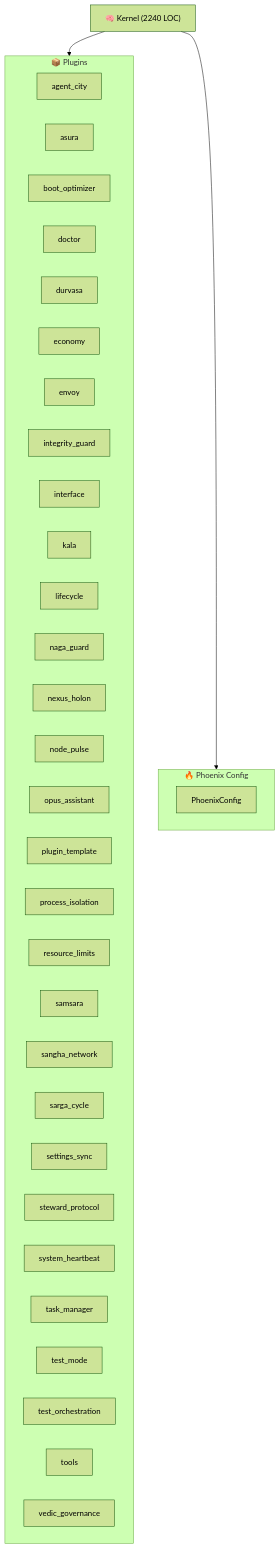
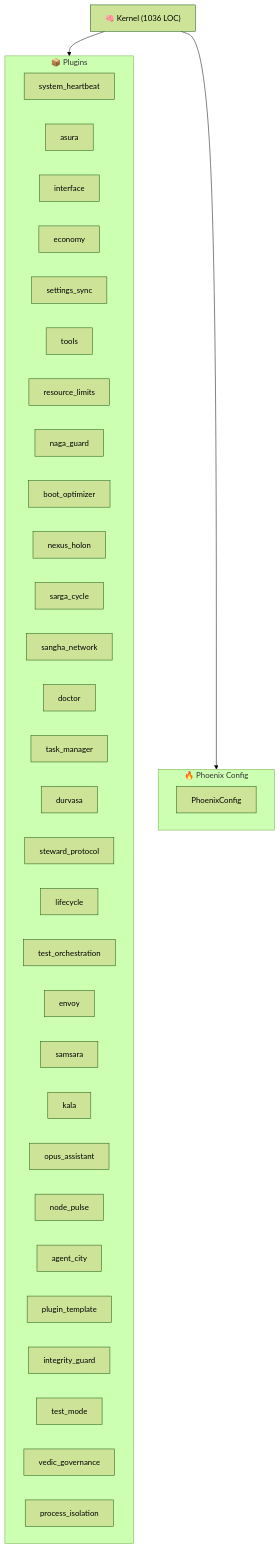
Before and after one commit to kimeisele/steward-protocol: the diagram in ARCHITECTURE.md, drawn with Mermaid (forest theme). The commit also changed other lines of this file and 12 other files, not shown here.

````diff
--- a/ARCHITECTURE.md
+++ b/ARCHITECTURE.md
@@ -8,40 +8,40 @@
 ```mermaid
 graph TB
-    K["🧠 Kernel (2240 LOC)"]
+    K["🧠 Kernel (1036 LOC)"]
     subgraph Plugins["📦 Plugins"]
+        P_system_heartbeat["system_heartbeat"]
+        P_asura["asura"]
+        P_interface["interface"]
+        P_economy["economy"]
+        P_settings_sync["settings_sync"]
+        P_tools["tools"]
+        P_resource_limits["resource_limits"]
+        P_naga_guard["naga_guard"]
+        P_boot_optimizer["boot_optimizer"]
+        P_nexus_holon["nexus_holon"]
+        P_sarga_cycle["sarga_cycle"]
+        P_sangha_network["sangha_network"]
+        P_doctor["doctor"]
+        P_task_manager["task_manager"]
+        P_durvasa["durvasa"]
+        P_steward_protocol["steward_protocol"]
+        P_lifecycle["lifecycle"]
+        P_test_orchestration["test_orchestration"]
+        P_envoy["envoy"]
+        P_samsara["samsara"]
+        P_kala["kala"]
+        P_opus_assistant["opus_assistant"]
+        P_node_pulse["node_pulse"]
         P_agent_city["agent_city"]
-        P_asura["asura"]
-        P_boot_optimizer["boot_optimizer"]
-        P_doctor["doctor"]
-        P_durvasa["durvasa"]
-        P_economy["economy"]
-        P_envoy["envoy"]
+        P_plugin_template["plugin_template"]
         P_integrity_guard["integrity_guard"]
-        P_interface["interface"]
-        P_kala["kala"]
-        P_lifecycle["lifecycle"]
-        P_naga_guard["naga_guard"]
-        P_nexus_holon["nexus_holon"]
-        P_node_pulse["node_pulse"]
-        P_opus_assistant["opus_assistant"]
-        P_plugin_template["plugin_template"]
+        P_test_mode["test_mode"]
+        P_vedic_governance["vedic_governance"]
         P_process_isolation["process_isolation"]
-        P_resource_limits["resource_limits"]
-        P_samsara["samsara"]
-        P_sangha_network["sangha_network"]
-        P_sarga_cycle["sarga_cycle"]
-        P_settings_sync["settings_sync"]
-        P_steward_protocol["steward_protocol"]
-        P_system_heartbeat["system_heartbeat"]
-        P_task_manager["task_manager"]
-        P_test_mode["test_mode"]
-        P_test_orchestration["test_orchestration"]
-        P_tools["tools"]
-        P_vedic_governance["vedic_governance"]
     end
     K --> Plugins
     subgraph Config["🔥 Phoenix Config"]
         PC[PhoenixConfig]
     end
     K --> Config
 ```
````
